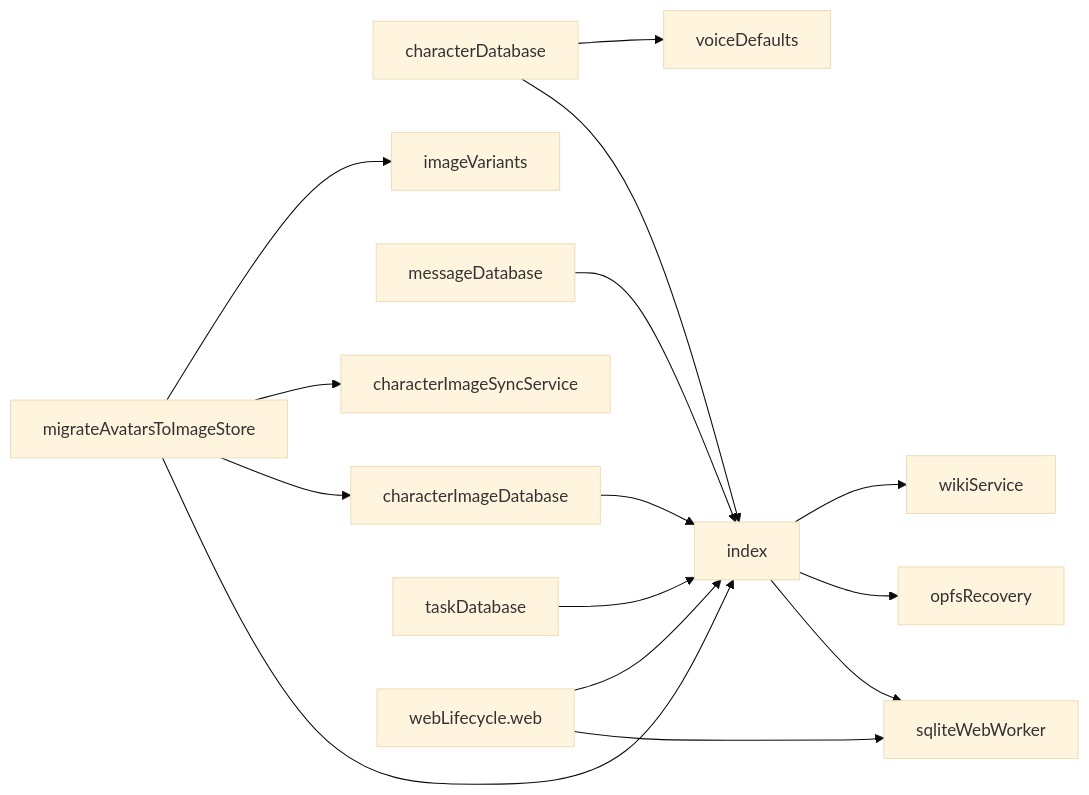
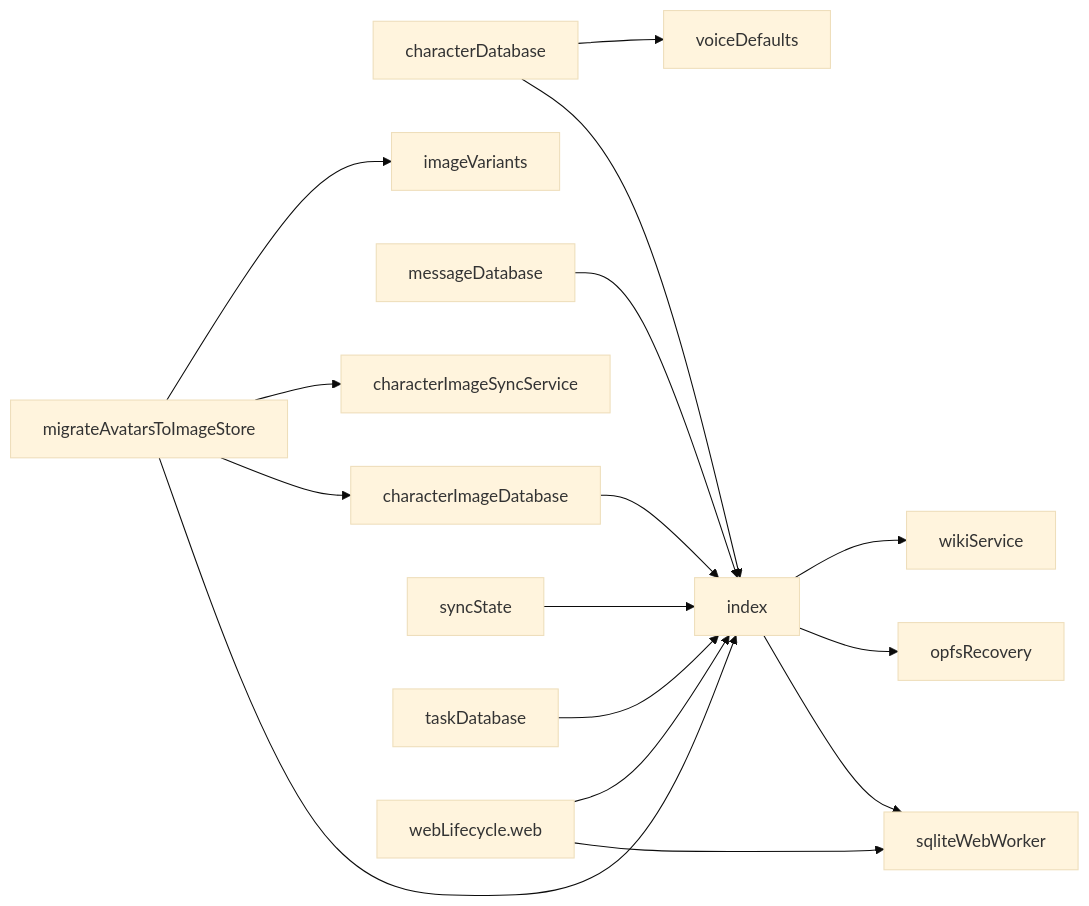
Before and after one commit to equationalapplications/clanker: the diagram in docs/flowcharts/DATABASE.md, drawn with Mermaid (base theme). The commit also changed 4 other files, not shown here.

First line of the commit message:
docs(flowcharts): regenerate from codegraph index

````diff
--- a/docs/flowcharts/DATABASE.md
+++ b/docs/flowcharts/DATABASE.md
@@ -5,17 +5,18 @@
 ```mermaid
 graph LR
   characterDatabase --> index
   characterDatabase --> voiceDefaults
   characterImageDatabase --> index
   index --> sqliteWebWorker
   index --> opfsRecovery
   index --> wikiService
   messageDatabase --> index
   migrateAvatarsToImageStore --> index
   migrateAvatarsToImageStore --> characterImageDatabase
   migrateAvatarsToImageStore --> characterImageSyncService
   migrateAvatarsToImageStore --> imageVariants
+  syncState --> index
   taskDatabase --> index
   webLifecycle.web --> sqliteWebWorker
   webLifecycle.web --> index
 ```
````
